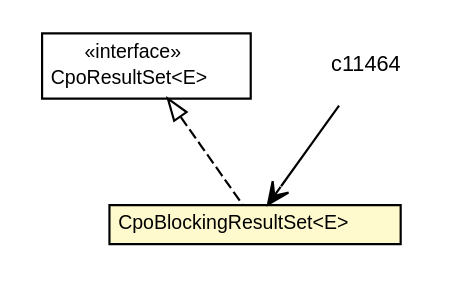
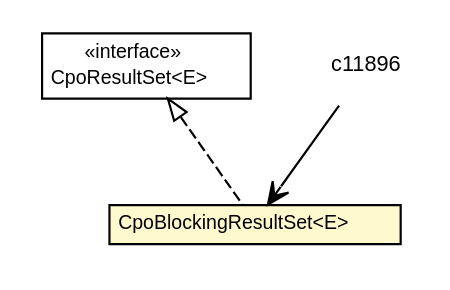
The diagram in site/apidocs/org/synchronoss/cpo/CpoBlockingResultSet.dot (synchronoss/cpo-api), drawn with Graphviz before and after one commit. The commit also changed 1756 other files, not shown here.

```diff
--- a/site/apidocs/org/synchronoss/cpo/CpoBlockingResultSet.dot
+++ b/site/apidocs/org/synchronoss/cpo/CpoBlockingResultSet.dot
@@ -1,27 +1,27 @@
 #!/usr/local/bin/dot
 #
 # Class diagram 
 # Generated by UmlGraph version 4.6 (http://www.spinellis.gr/sw/umlgraph)
 #
 
 digraph G {
 	edge [fontname="Helvetica",fontsize=10,labelfontname="Helvetica",labelfontsize=10];
 	node [fontname="Helvetica",fontsize=10,shape=plaintext];
 	// org.synchronoss.cpo.CpoResultSet<E>
-	c11455 [label=<<table border="0" cellborder="1" cellspacing="0" cellpadding="2" port="p" href="./CpoResultSet.html">
+	c11873 [label=<<table border="0" cellborder="1" cellspacing="0" cellpadding="2" port="p" href="./CpoResultSet.html">
 		<tr><td><table border="0" cellspacing="0" cellpadding="1">
 			<tr><td> &laquo;interface&raquo; </td></tr>
 			<tr><td> CpoResultSet&lt;E&gt; </td></tr>
 		</table></td></tr>
 		</table>>, fontname="Helvetica", fontcolor="black", fontsize=9.0];
 	// org.synchronoss.cpo.CpoBlockingResultSet<E>
-	c11463 [label=<<table border="0" cellborder="1" cellspacing="0" cellpadding="2" port="p" bgcolor="lemonChiffon" href="./CpoBlockingResultSet.html">
+	c11890 [label=<<table border="0" cellborder="1" cellspacing="0" cellpadding="2" port="p" bgcolor="lemonChiffon" href="./CpoBlockingResultSet.html">
 		<tr><td><table border="0" cellspacing="0" cellpadding="1">
 			<tr><td> CpoBlockingResultSet&lt;E&gt; </td></tr>
 		</table></td></tr>
 		</table>>, fontname="Helvetica", fontcolor="black", fontsize=9.0];
 	//org.synchronoss.cpo.CpoBlockingResultSet<E> implements org.synchronoss.cpo.CpoResultSet<E>
-	c11455:p -> c11463:p [dir=back,arrowtail=empty,style=dashed];
+	c11873:p -> c11890:p [dir=back,arrowtail=empty,style=dashed];
 	// org.synchronoss.cpo.CpoBaseAdapter<T>.RetrieverThread<T, C> NAVASSOC org.synchronoss.cpo.CpoBlockingResultSet<E>
-	c11464:p -> c11463:p [taillabel="", label="", headlabel="", fontname="Helvetica", fontcolor="black", fontsize=10.0, color="black", arrowhead=open];
+	c11896:p -> c11890:p [taillabel="", label="", headlabel="", fontname="Helvetica", fontcolor="black", fontsize=10.0, color="black", arrowhead=open];
 }
```
